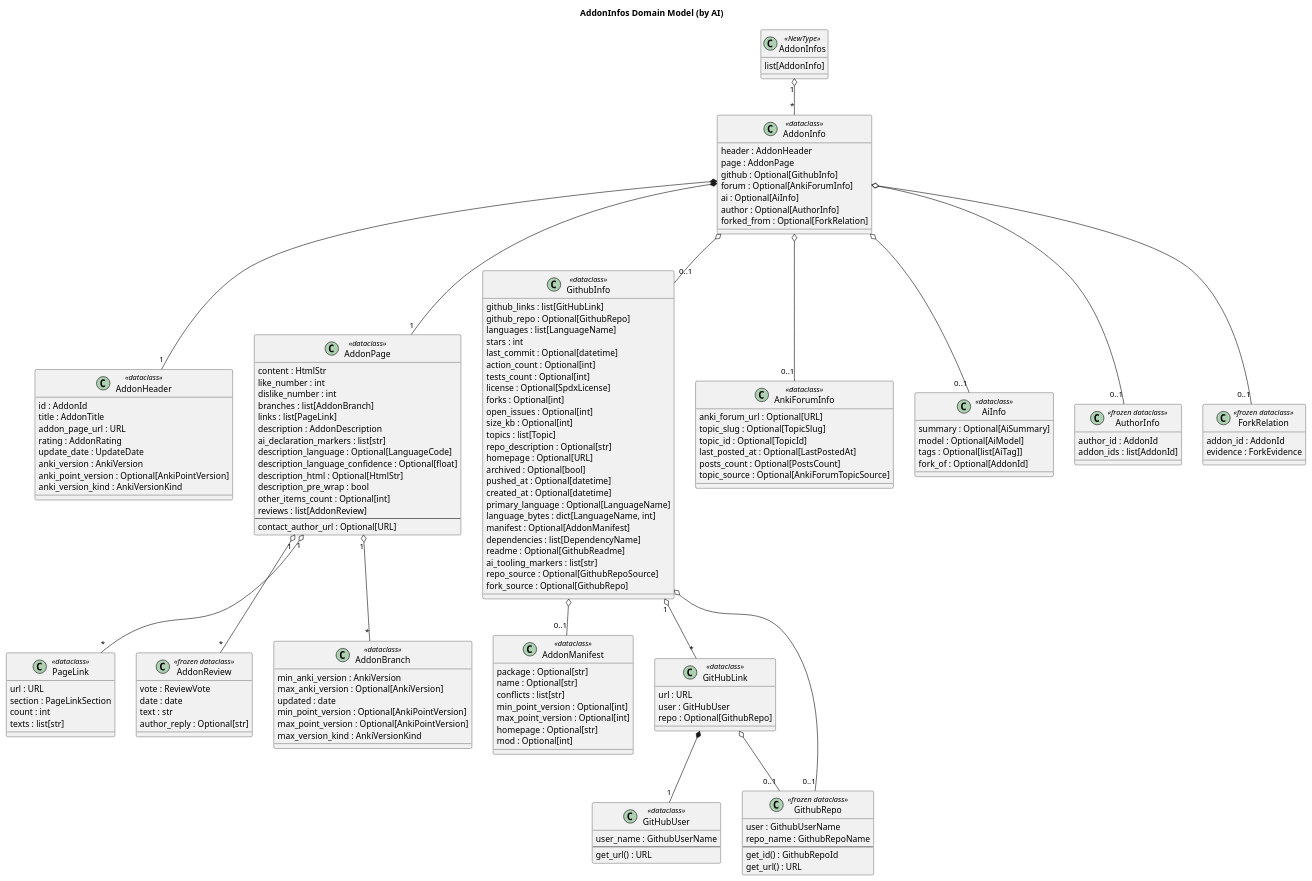
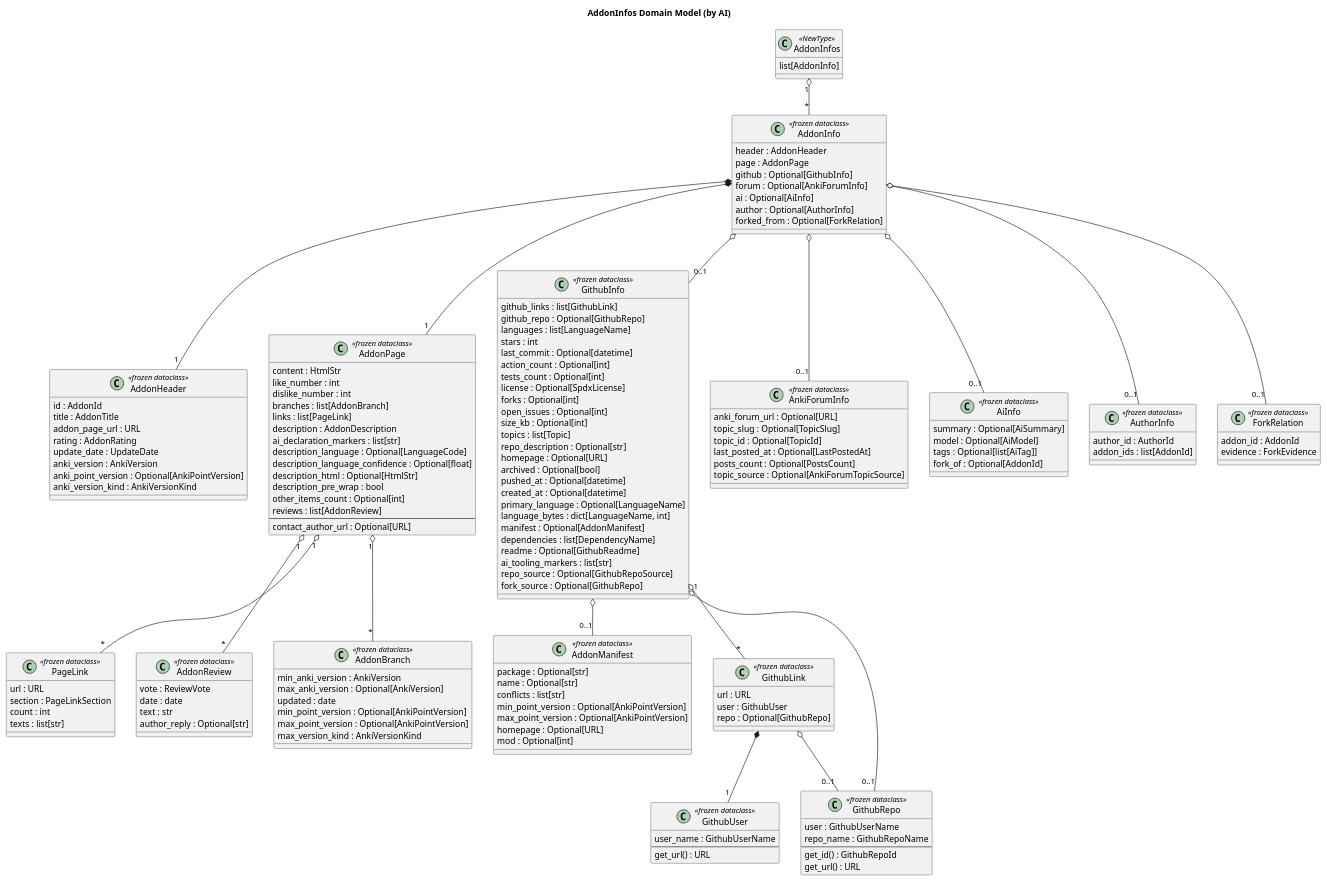
The diagram in doc/uml/ai/class-addon-infos.puml (Aleks-Ya/anki-addons-dataset), drawn with PlantUML before and after one commit. The commit also changed 29 other files, not shown here.

```diff
--- a/doc/uml/ai/class-addon-infos.puml
+++ b/doc/uml/ai/class-addon-infos.puml
@@ -1,178 +1,178 @@
 @startuml
 
 title AddonInfos Domain Model (by AI)
 
 skinparam packageStyle rectangle
 
 class AddonInfos <<NewType>> {
   list[AddonInfo]
 }
 
-class AddonInfo <<dataclass>> {
+class AddonInfo <<frozen dataclass>> {
   header : AddonHeader
   page : AddonPage
   github : Optional[GithubInfo]
   forum : Optional[AnkiForumInfo]
   ai : Optional[AiInfo]
   author : Optional[AuthorInfo]
   forked_from : Optional[ForkRelation]
 }
 
-class AddonHeader <<dataclass>> {
+class AddonHeader <<frozen dataclass>> {
   id : AddonId
   title : AddonTitle
   addon_page_url : URL
   rating : AddonRating
   update_date : UpdateDate
   anki_version : AnkiVersion
   anki_point_version : Optional[AnkiPointVersion]
   anki_version_kind : AnkiVersionKind
 }
 
-class AddonPage <<dataclass>> {
+class AddonPage <<frozen dataclass>> {
   content : HtmlStr
   like_number : int
   dislike_number : int
   branches : list[AddonBranch]
   links : list[PageLink]
   description : AddonDescription
   ai_declaration_markers : list[str]
   description_language : Optional[LanguageCode]
   description_language_confidence : Optional[float]
   description_html : Optional[HtmlStr]
   description_pre_wrap : bool
   other_items_count : Optional[int]
   reviews : list[AddonReview]
   --
   contact_author_url : Optional[URL]
 }
 
-class PageLink <<dataclass>> {
+class PageLink <<frozen dataclass>> {
   url : URL
   section : PageLinkSection
   count : int
   texts : list[str]
 }
 
 class AddonReview <<frozen dataclass>> {
   vote : ReviewVote
   date : date
   text : str
   author_reply : Optional[str]
 }
 
-class AddonBranch <<dataclass>> {
+class AddonBranch <<frozen dataclass>> {
   min_anki_version : AnkiVersion
   max_anki_version : Optional[AnkiVersion]
   updated : date
   min_point_version : Optional[AnkiPointVersion]
   max_point_version : Optional[AnkiPointVersion]
   max_version_kind : AnkiVersionKind
 }
 
-class GithubInfo <<dataclass>> {
-  github_links : list[GitHubLink]
+class GithubInfo <<frozen dataclass>> {
+  github_links : list[GithubLink]
   github_repo : Optional[GithubRepo]
   languages : list[LanguageName]
   stars : int
   last_commit : Optional[datetime]
   action_count : Optional[int]
   tests_count : Optional[int]
   license : Optional[SpdxLicense]
   forks : Optional[int]
   open_issues : Optional[int]
   size_kb : Optional[int]
   topics : list[Topic]
   repo_description : Optional[str]
   homepage : Optional[URL]
   archived : Optional[bool]
   pushed_at : Optional[datetime]
   created_at : Optional[datetime]
   primary_language : Optional[LanguageName]
   language_bytes : dict[LanguageName, int]
   manifest : Optional[AddonManifest]
   dependencies : list[DependencyName]
   readme : Optional[GithubReadme]
   ai_tooling_markers : list[str]
   repo_source : Optional[GithubRepoSource]
   fork_source : Optional[GithubRepo]
 }
 
-class AddonManifest <<dataclass>> {
+class AddonManifest <<frozen dataclass>> {
   package : Optional[str]
   name : Optional[str]
   conflicts : list[str]
-  min_point_version : Optional[int]
-  max_point_version : Optional[int]
-  homepage : Optional[str]
+  min_point_version : Optional[AnkiPointVersion]
+  max_point_version : Optional[AnkiPointVersion]
+  homepage : Optional[URL]
   mod : Optional[int]
 }
 
-class GitHubLink <<dataclass>> {
+class GithubLink <<frozen dataclass>> {
   url : URL
-  user : GitHubUser
+  user : GithubUser
   repo : Optional[GithubRepo]
 }
 
-class GitHubUser <<dataclass>> {
+class GithubUser <<frozen dataclass>> {
   user_name : GithubUserName
   --
   get_url() : URL
 }
 
 class GithubRepo <<frozen dataclass>> {
   user : GithubUserName
   repo_name : GithubRepoName
   --
   get_id() : GithubRepoId
   get_url() : URL
 }
 
-class AnkiForumInfo <<dataclass>> {
+class AnkiForumInfo <<frozen dataclass>> {
   anki_forum_url : Optional[URL]
   topic_slug : Optional[TopicSlug]
   topic_id : Optional[TopicId]
   last_posted_at : Optional[LastPostedAt]
   posts_count : Optional[PostsCount]
   topic_source : Optional[AnkiForumTopicSource]
 }
 
-class AiInfo <<dataclass>> {
+class AiInfo <<frozen dataclass>> {
   summary : Optional[AiSummary]
   model : Optional[AiModel]
   tags : Optional[list[AiTag]]
   fork_of : Optional[AddonId]
 }
 
 class AuthorInfo <<frozen dataclass>> {
-  author_id : AddonId
+  author_id : AuthorId
   addon_ids : list[AddonId]
 }
 
 class ForkRelation <<frozen dataclass>> {
   addon_id : AddonId
   evidence : ForkEvidence
 }
 
 AddonInfos "1" o-- "*" AddonInfo
 
 AddonInfo *-- "1" AddonHeader
 AddonInfo *-- "1" AddonPage
 AddonInfo o-- "0..1" GithubInfo
 AddonInfo o-- "0..1" AnkiForumInfo
 AddonInfo o-- "0..1" AiInfo
 AddonInfo o-- "0..1" AuthorInfo
 AddonInfo o-- "0..1" ForkRelation
 
 AddonPage "1" o-- "*" AddonBranch
 AddonPage "1" o-- "*" PageLink
 AddonPage "1" o-- "*" AddonReview
 
-GithubInfo "1" o-- "*" GitHubLink
+GithubInfo "1" o-- "*" GithubLink
 GithubInfo o-- "0..1" GithubRepo
 GithubInfo o-- "0..1" AddonManifest
 
-GitHubLink *-- "1" GitHubUser
-GitHubLink o-- "0..1" GithubRepo
+GithubLink *-- "1" GithubUser
+GithubLink o-- "0..1" GithubRepo
 
 @enduml
```
